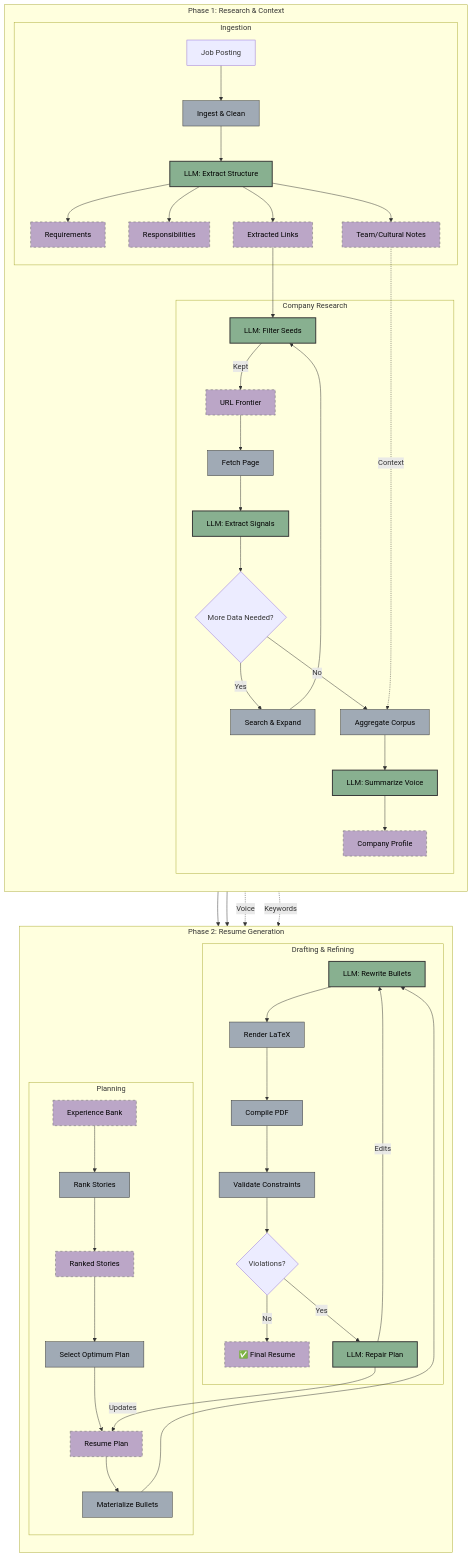
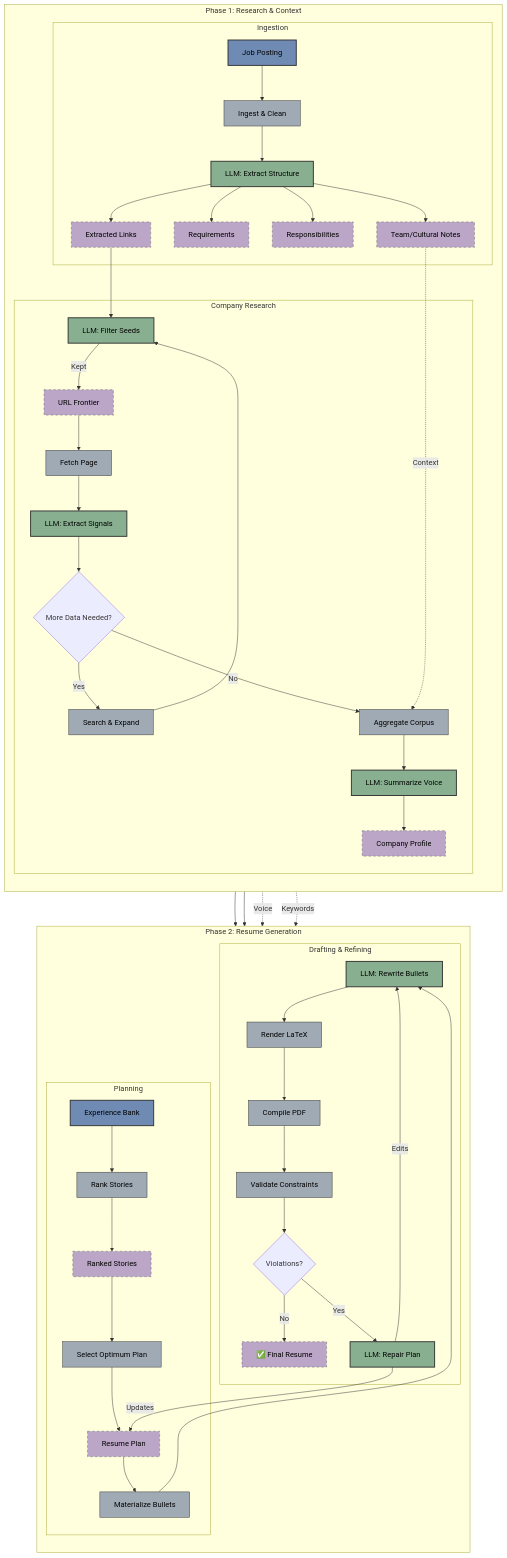
The diagram in README.md (jonkmatsumo/resume-customizer), drawn with Mermaid before and after one commit.

````diff
--- a/README.md
+++ b/README.md
@@ -20,16 +20,22 @@
 ```mermaid
 flowchart TD
+    %% ---------------- USER INPUTS ----------------
+    JOB[Job Posting]
+    EXP[Experience Bank]
+
     %% ---------------- RESEARCH SUBSYSTEM ----------------
     subgraph "Phase 1: Research & Context"
         direction TB
         
         subgraph "Ingestion"
-            A[Job Posting] --> B[Ingest & Clean]
+            JOB --> B[Ingest & Clean]
             B --> C[LLM: Extract Structure]
+            
+            %% Reordered to minimize crossing lines
+            C --> S[Extracted Links]
             C --> D[Requirements]
             C --> E[Responsibilities]
             C --> T[Team/Cultural Notes]
-            C --> S[Extracted Links]
         end
         
         subgraph "Company Research"
@@ -55,7 +61,7 @@
         direction TB
         
         subgraph "Planning"
-            EXP[Experience Bank] --> RK[Rank Stories]
+            EXP --> RK[Rank Stories]
             D --> RK
             E --> RK
             RK --> RS[Ranked Stories]
@@ -84,11 +90,13 @@
     end
     
     %% Styling - Mid-tone Neutrals
+    classDef input fill:#6f8bb3,stroke:#333,stroke-width:2px,color:#000;
     classDef llm fill:#88b090,stroke:#333,stroke-width:2px,color:#000;
     classDef tool fill:#a0aab5,stroke:#333,stroke-width:1px,color:#000;
     classDef data fill:#bba6c7,stroke:#666,stroke-width:1px,stroke-dasharray: 5 5,color:#000;
     
     class C,FL,EX,SV,RW,RL llm;
     class B,FE,SE,AG,RK,SP,MAT,TEX,PDF,VAL tool;
-    class D,E,T,S,FR,CP,EXP,RS,PLAN,FIN data;
+    class D,E,T,S,FR,CP,RS,PLAN,FIN data;
+    class JOB,EXP input;
 ```
````
